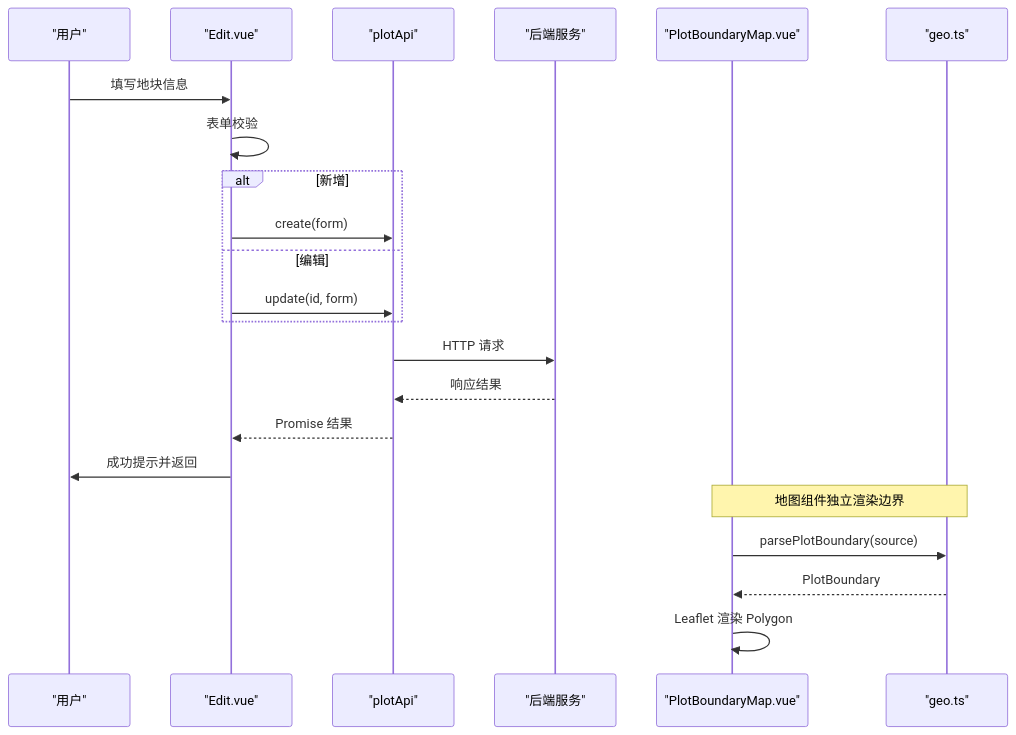
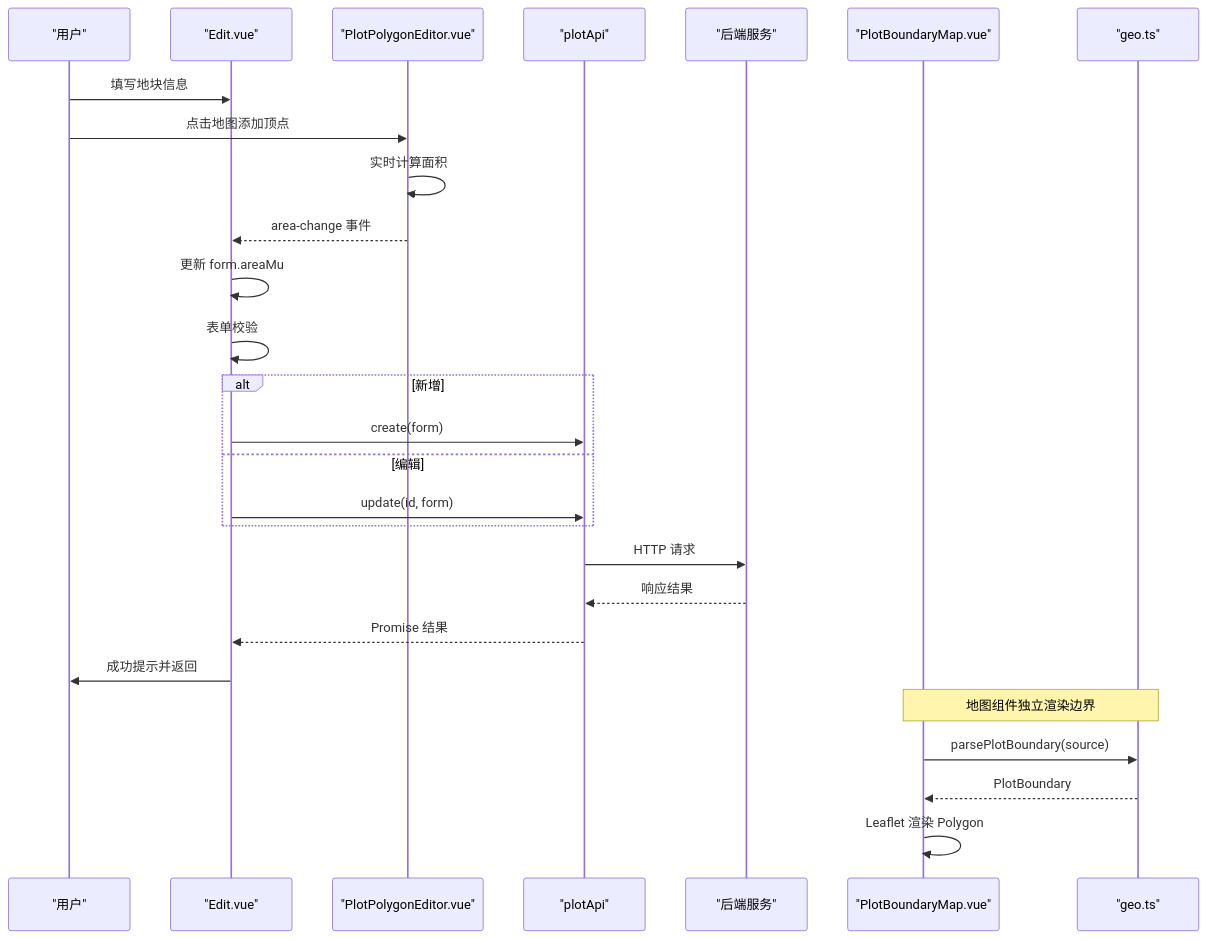
Before and after one commit to q446328246/agri-platform: the second of 8 diagrams in .qoder/repowiki/zh/content/前端应用文档/核心页面/地块管理页面/地块编辑页面.md, drawn with Mermaid. The commit also changed other lines of this file and 110 other files, not shown here.

````diff
--- a/.qoder/repowiki/zh/content/前端应用文档/核心页面/地块管理页面/地块编辑页面.md
+++ b/.qoder/repowiki/zh/content/前端应用文档/核心页面/地块管理页面/地块编辑页面.md
@@ -97,24 +120,29 @@
 ```mermaid
 sequenceDiagram
 participant U as "用户"
 participant E as "Edit.vue"
+participant P as "PlotPolygonEditor.vue"
 participant A as "plotApi"
 participant S as "后端服务"
 participant M as "PlotBoundaryMap.vue"
 participant G as "geo.ts"
 U->>E : 填写地块信息
+U->>P : 点击地图添加顶点
+P->>P : 实时计算面积
+P-->>E : area-change 事件
+E->>E : 更新 form.areaMu
 E->>E : 表单校验
 alt 新增
 E->>A : create(form)
 else 编辑
 E->>A : update(id, form)
 end
 A->>S : HTTP 请求
 S-->>A : 响应结果
 A-->>E : Promise 结果
 E->>U : 成功提示并返回
 Note over M,G : 地图组件独立渲染边界
 M->>G : parsePlotBoundary(source)
 G-->>M : PlotBoundary
 M->>M : Leaflet 渲染 Polygon
 ```
````
